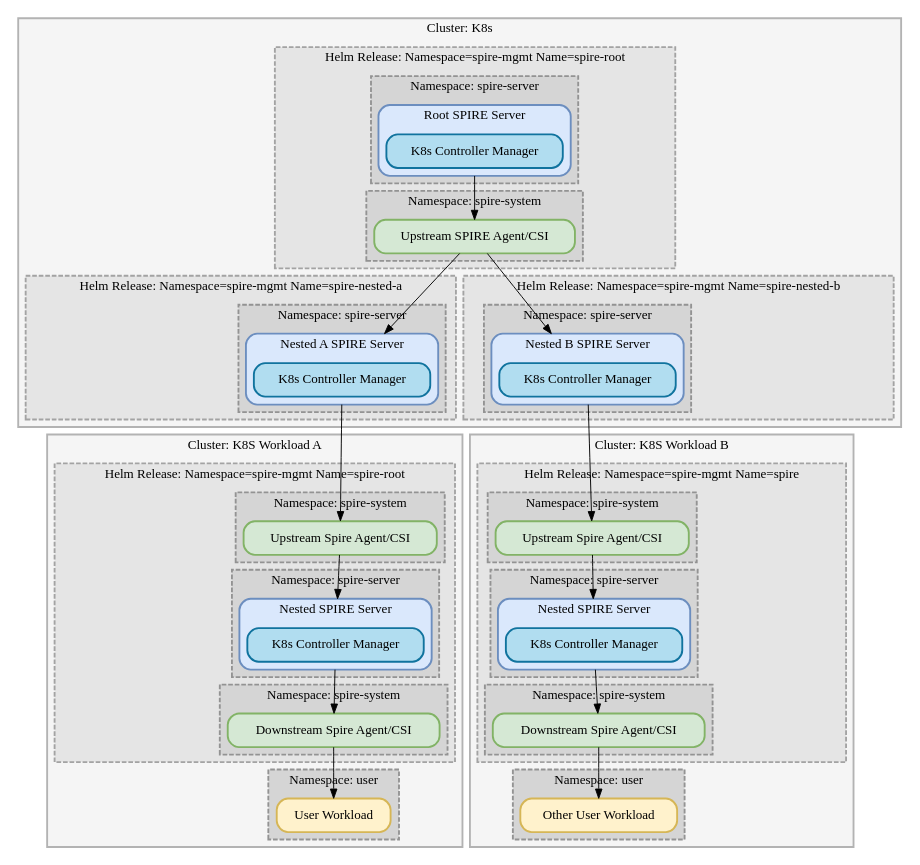
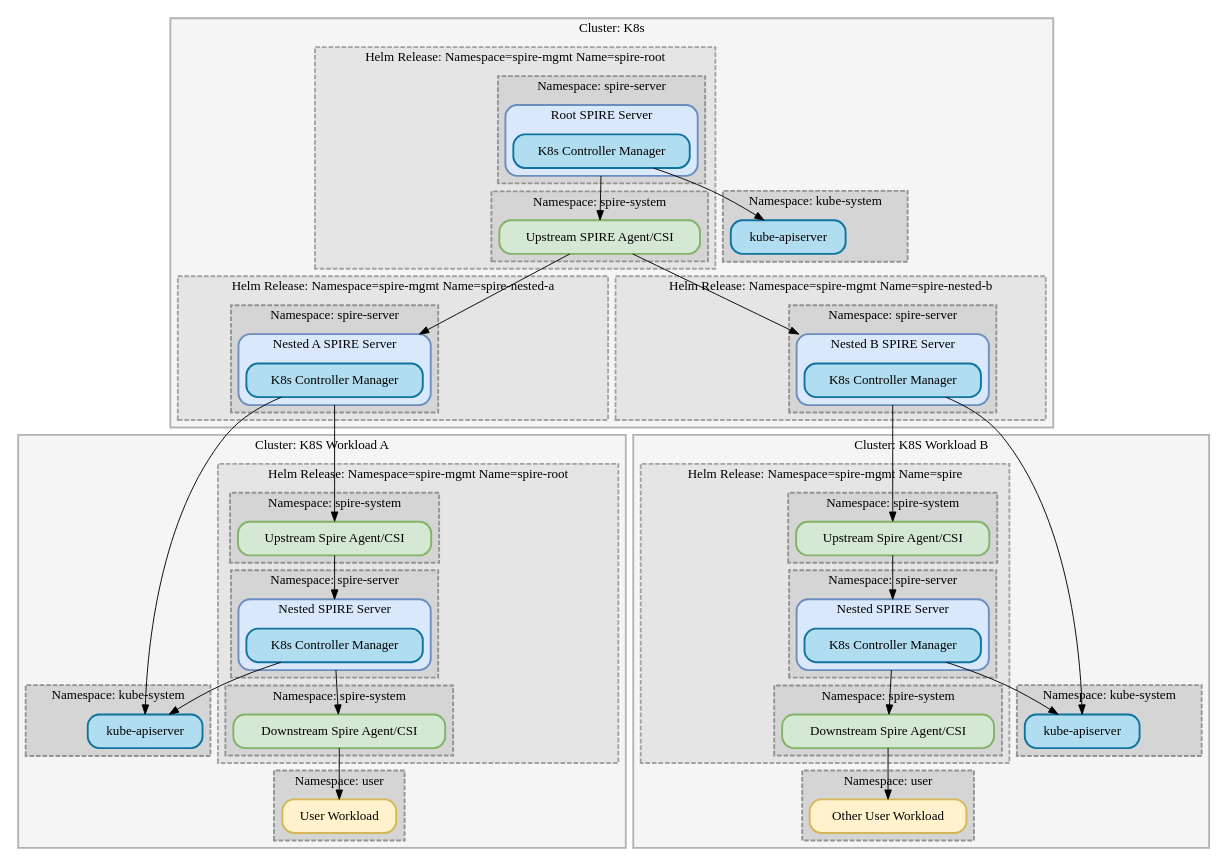
One commit to spiffe/spiffe.io changed the diagram in static/img/spire-helm-charts-hardened/multicluster.dot. Above: the diagram before and after it, drawn with Graphviz. The commit also changed 10 other files, not shown here.

```diff
--- a/static/img/spire-helm-charts-hardened/multicluster.dot
+++ b/static/img/spire-helm-charts-hardened/multicluster.dot
@@ -30,6 +30,13 @@
         label="Namespace: spire-system"
         spireRootUpstreamAgent1 [label="Upstream SPIRE Agent/CSI",shape="box",style="rounded,solid,filled,bold",color="#82b366",fillcolor="#d5e8d4"];
       }
+    }
+    subgraph cluster_ns_root_kube_system {
+      style="filled,dashed,bold";
+      color="#939393";
+      fillcolor="#d5d5d5";
+      label="Namespace: kube-system"
+      kubeApiServerRoot [label="kube-apiserver",shape="record",style="rounded,solid,filled,bold",color="#10739e",fillcolor="#b1ddf0"];
     }
     subgraph cluster_root_nested1_release {
       label="Helm Release: Namespace=spire-mgmt Name=spire-nested-a";
@@ -75,6 +82,13 @@
     style="filled,solid,bold";
     color="#b3b3b3";
     fillcolor="#f5f5f5";
+    subgraph cluster_ns_nested1_kube_system {
+      style="filled,dashed,bold";
+      color="#939393";
+      fillcolor="#d5d5d5";
+      label="Namespace: kube-system"
+      kubeApiServerNested1 [label="kube-apiserver",shape="record",style="rounded,solid,filled,bold",color="#10739e",fillcolor="#b1ddf0"];
+    }
     subgraph cluster_nested1_release {
       label="Helm Release: Namespace=spire-mgmt Name=spire-root"
       style="filled,dashed,bold";
@@ -161,7 +175,19 @@
       label="Namespace: user"
       userWorkload2 [label="Other User Workload",shape="box",style="rounded,solid,filled,bold",color="#d6b656",fillcolor="#fff2cc"];
     }
+    subgraph cluster_ns_nested2_kube_system {
+      style="filled,dashed,bold";
+      color="#939393";
+      fillcolor="#d5d5d5";
+      label="Namespace: kube-system"
+      kubeApiServerNested2 [label="kube-apiserver",shape="record",style="rounded,solid,filled,bold",color="#10739e",fillcolor="#b1ddf0"];
+    }
   }
+  spireRoot -> kubeApiServerRoot;
+  spireRootNested1 -> kubeApiServerNested1;
+  spireRootNested2 -> kubeApiServerNested2;
+  spireServerNested1 -> kubeApiServerNested1;
+  spireServerNested2 -> kubeApiServerNested2;
   spireRoot -> spireRootUpstreamAgent1 [ltail=cluster_ns_root_server_obj];
   spireRootUpstreamAgent1 -> spireRootNested1 [lhead=cluster_ns_nested_server1_obj];
   spireRootUpstreamAgent1 -> spireRootNested2 [lhead=cluster_ns_nested_server2_obj];
```
